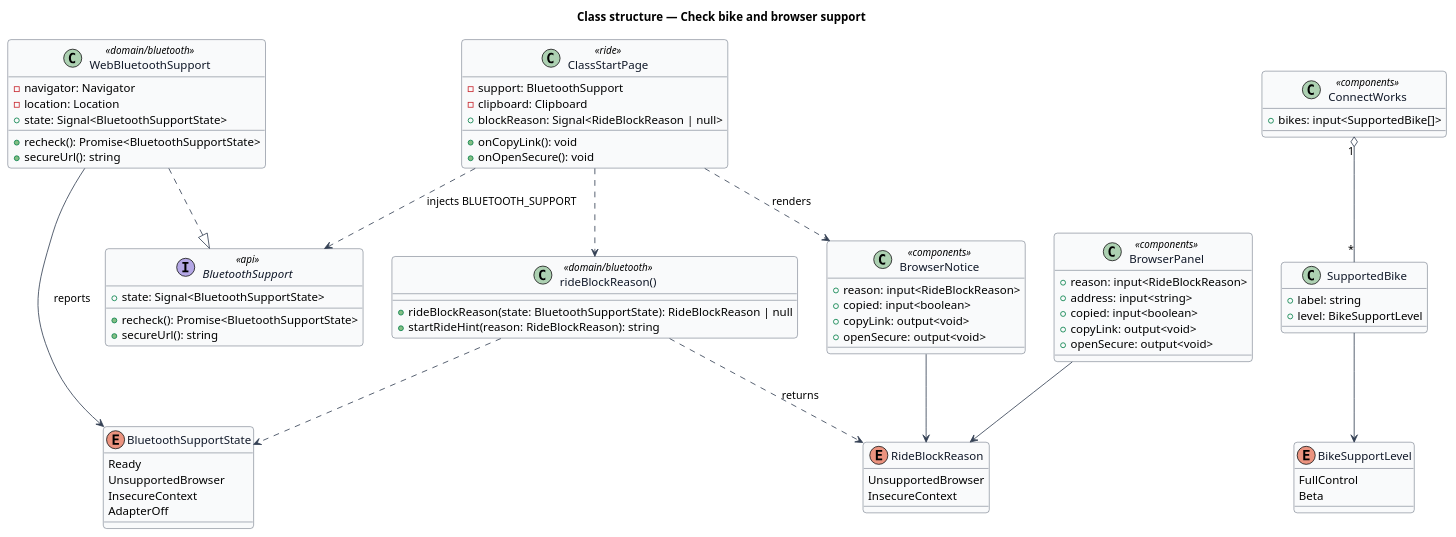
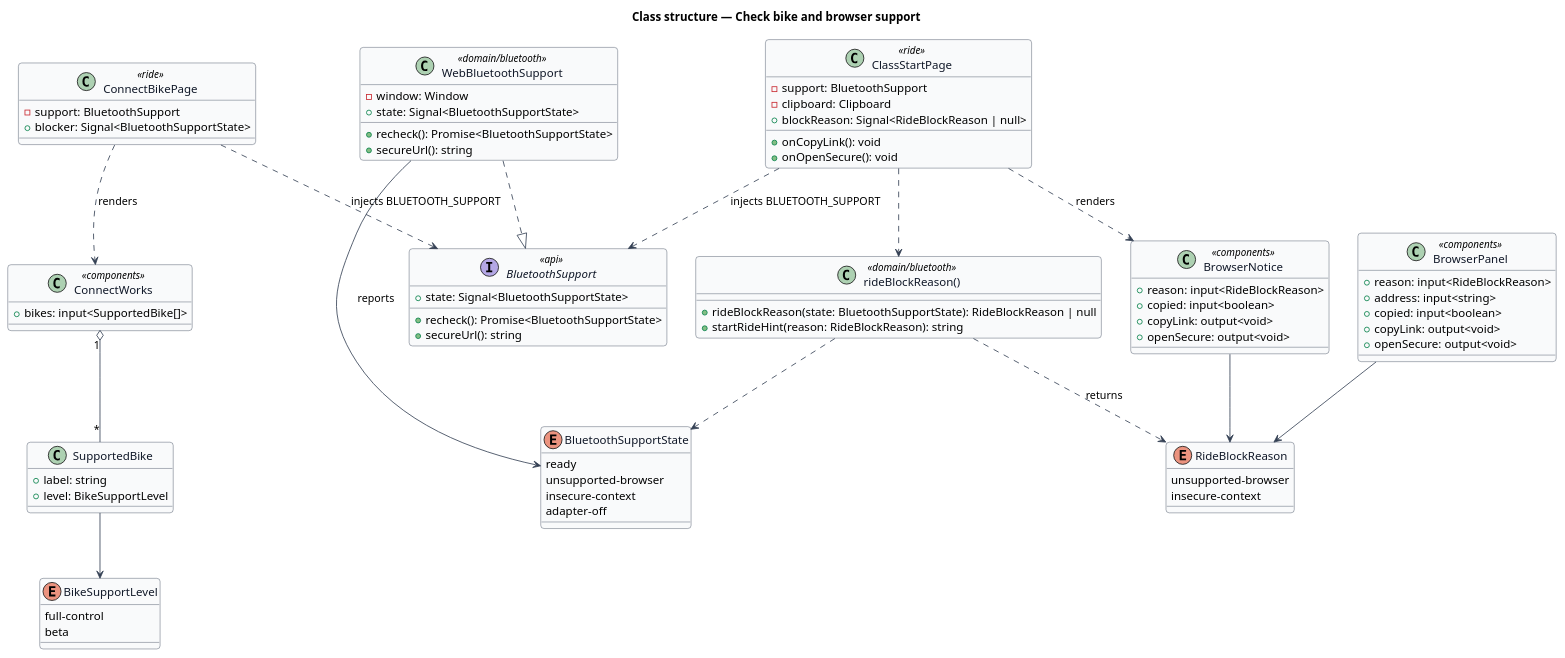
One commit to QuinntyneBrown/ride-one changed the diagram in docs/detailed-designs/bike/check-bike-and-browser-support/diagrams/class-structure.puml. Above: the diagram before and after it, drawn with PlantUML. The commit also changed 17 other files, not shown here.

First line of the commit message:
Align browser support: Connect Bike's needs-https state and the API host

```diff
--- a/docs/detailed-designs/bike/check-bike-and-browser-support/diagrams/class-structure.puml
+++ b/docs/detailed-designs/bike/check-bike-and-browser-support/diagrams/class-structure.puml
@@ -1,83 +1,88 @@
 @startuml
 ' --- shared skin header ---
 skinparam backgroundColor #FFFFFF
 skinparam shadowing false
 skinparam roundcorner 8
 skinparam defaultFontName Arial
 skinparam ArrowColor #344054
 skinparam class {
   BorderColor #344054
   FontColor #101828
   BackgroundColor #F9FAFB
 }
 ' --------------------------
 title Class structure — Check bike and browser support
 enum BluetoothSupportState {
-  Ready
-  UnsupportedBrowser
-  InsecureContext
-  AdapterOff
+  ready
+  unsupported-browser
+  insecure-context
+  adapter-off
 }
 enum RideBlockReason {
-  UnsupportedBrowser
-  InsecureContext
+  unsupported-browser
+  insecure-context
 }
 enum BikeSupportLevel {
-  FullControl
-  Beta
+  full-control
+  beta
 }
 class SupportedBike {
   +label: string
   +level: BikeSupportLevel
 }
 interface BluetoothSupport <<api>> {
   +state: Signal<BluetoothSupportState>
   +recheck(): Promise<BluetoothSupportState>
   +secureUrl(): string
 }
 class WebBluetoothSupport <<domain/bluetooth>> {
-  -navigator: Navigator
-  -location: Location
+  -window: Window
   +state: Signal<BluetoothSupportState>
   +recheck(): Promise<BluetoothSupportState>
   +secureUrl(): string
 }
 class "rideBlockReason()" as RideBlock <<domain/bluetooth>> {
   +rideBlockReason(state: BluetoothSupportState): RideBlockReason | null
   +startRideHint(reason: RideBlockReason): string
 }
 class ConnectWorks <<components>> {
   +bikes: input<SupportedBike[]>
 }
 class BrowserNotice <<components>> {
   +reason: input<RideBlockReason>
   +copied: input<boolean>
   +copyLink: output<void>
   +openSecure: output<void>
 }
 class BrowserPanel <<components>> {
   +reason: input<RideBlockReason>
   +address: input<string>
   +copied: input<boolean>
   +copyLink: output<void>
   +openSecure: output<void>
 }
+class ConnectBikePage <<ride>> {
+  -support: BluetoothSupport
+  +blocker: Signal<BluetoothSupportState>
+}
 class ClassStartPage <<ride>> {
   -support: BluetoothSupport
   -clipboard: Clipboard
   +blockReason: Signal<RideBlockReason | null>
   +onCopyLink(): void
   +onOpenSecure(): void
 }
 WebBluetoothSupport ..|> BluetoothSupport
 WebBluetoothSupport --> BluetoothSupportState : reports
 RideBlock ..> BluetoothSupportState
 RideBlock ..> RideBlockReason : returns
 SupportedBike --> BikeSupportLevel
 ConnectWorks "1" o-- "*" SupportedBike
+ConnectBikePage ..> BluetoothSupport : injects BLUETOOTH_SUPPORT
+ConnectBikePage ..> ConnectWorks : renders
 ClassStartPage ..> BluetoothSupport : injects BLUETOOTH_SUPPORT
 ClassStartPage ..> RideBlock
 ClassStartPage ..> BrowserNotice : renders
 BrowserNotice --> RideBlockReason
 BrowserPanel --> RideBlockReason
 @enduml
```
